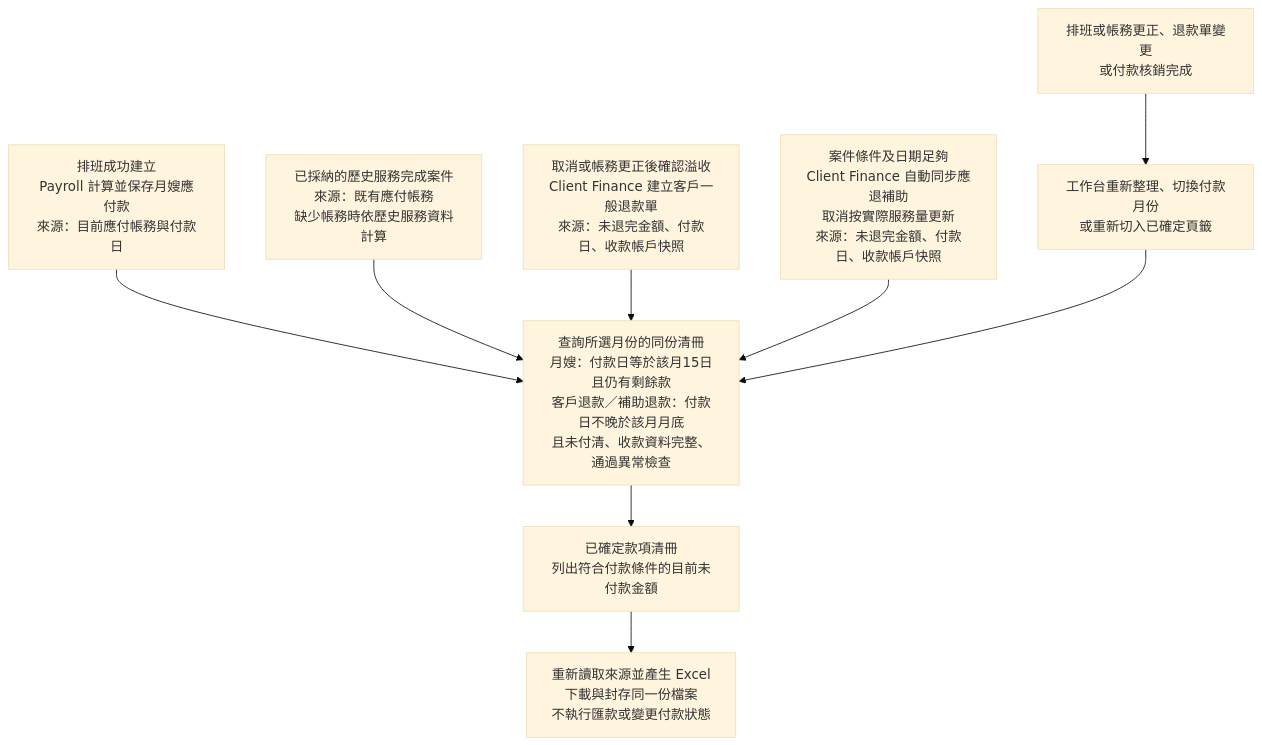
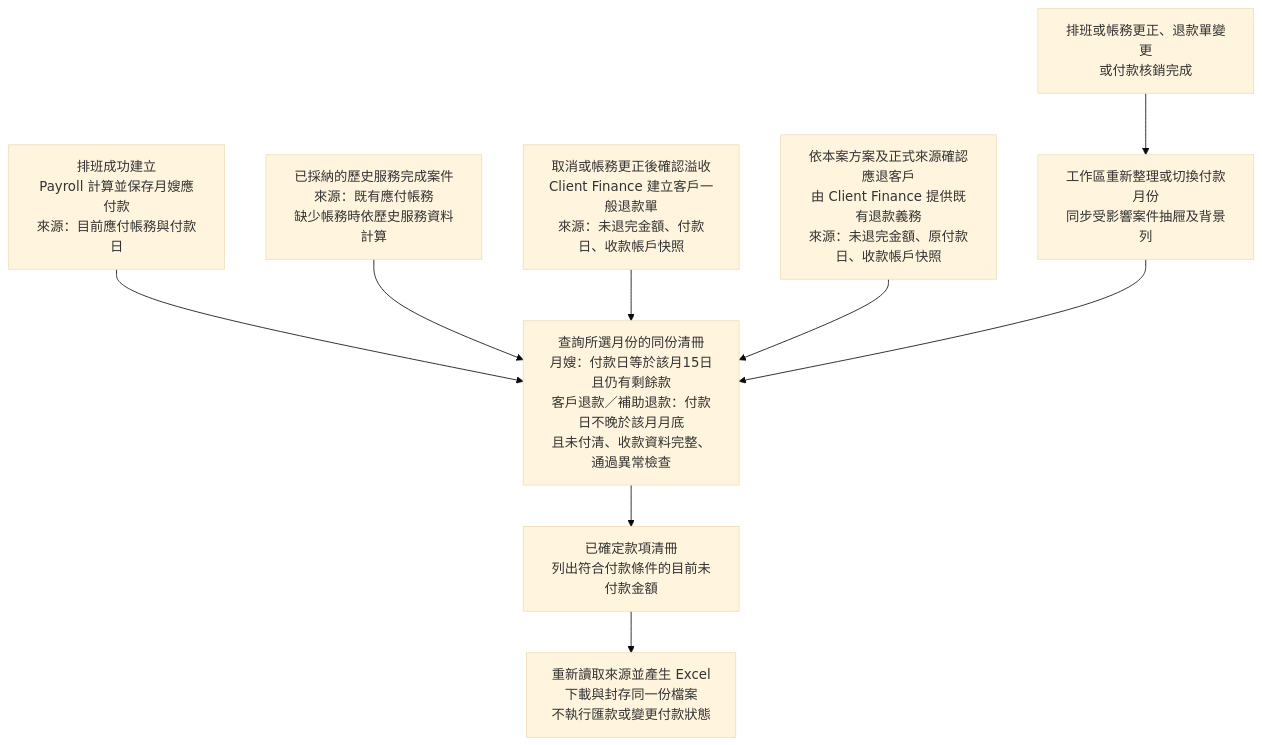
One commit to chrishzc/Labor_union changed the second of 2 diagrams in document/架構重整/01_規格基線/16_Staff_Payables與Client_Refund正式規格.md. Above: the diagram before and after it, drawn with Mermaid (base theme). The commit also changed other lines of this file and 151 other files, not shown here.

````diff
--- a/document/架構重整/01_規格基線/16_Staff_Payables與Client_Refund正式規格.md
+++ b/document/架構重整/01_規格基線/16_Staff_Payables與Client_Refund正式規格.md
@@ -340,17 +346,17 @@
 ```mermaid
 flowchart TD
     A["排班成功建立<br/>Payroll 計算並保存月嫂應付款<br/>來源：目前應付帳務與付款日"]
     B["已採納的歷史服務完成案件<br/>來源：既有應付帳務<br/>缺少帳務時依歷史服務資料計算"]
     C["取消或帳務更正後確認溢收<br/>Client Finance 建立客戶一般退款單<br/>來源：未退完金額、付款日、收款帳戶快照"]
-    D["案件條件及日期足夠<br/>Client Finance 自動同步應退補助<br/>取消按實際服務量更新<br/>來源：未退完金額、付款日、收款帳戶快照"]
+    D["依本案方案及正式來源確認應退客戶<br/>由 Client Finance 提供既有退款義務<br/>來源：未退完金額、原付款日、收款帳戶快照"]
     A --> Q
     B --> Q
     C --> Q
     D --> Q
     Q["查詢所選月份的同份清冊<br/>月嫂：付款日等於該月15日且仍有剩餘款<br/>客戶退款／補助退款：付款日不晚於該月月底<br/>且未付清、收款資料完整、通過異常檢查"]
     Q --> R["已確定款項清冊<br/>列出符合付款條件的目前未付款金額"]
     R --> X["重新讀取來源並產生 Excel<br/>下載與封存同一份檔案<br/>不執行匯款或變更付款狀態"]
     M["排班或帳務更正、退款單變更<br/>或付款核銷完成"]
-    M --> U["工作台重新整理、切換付款月份<br/>或重新切入已確定頁籤"]
+    M --> U["工作區重新整理或切換付款月份<br/>同步受影響案件抽屜及背景列"]
     U --> Q
 ```
````
